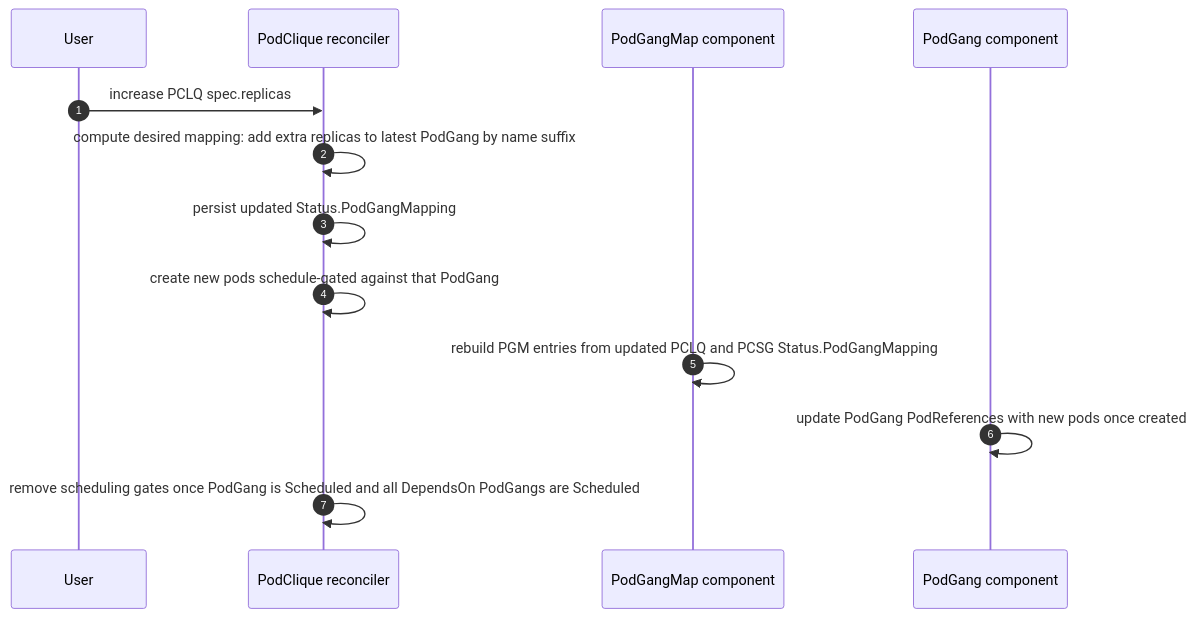
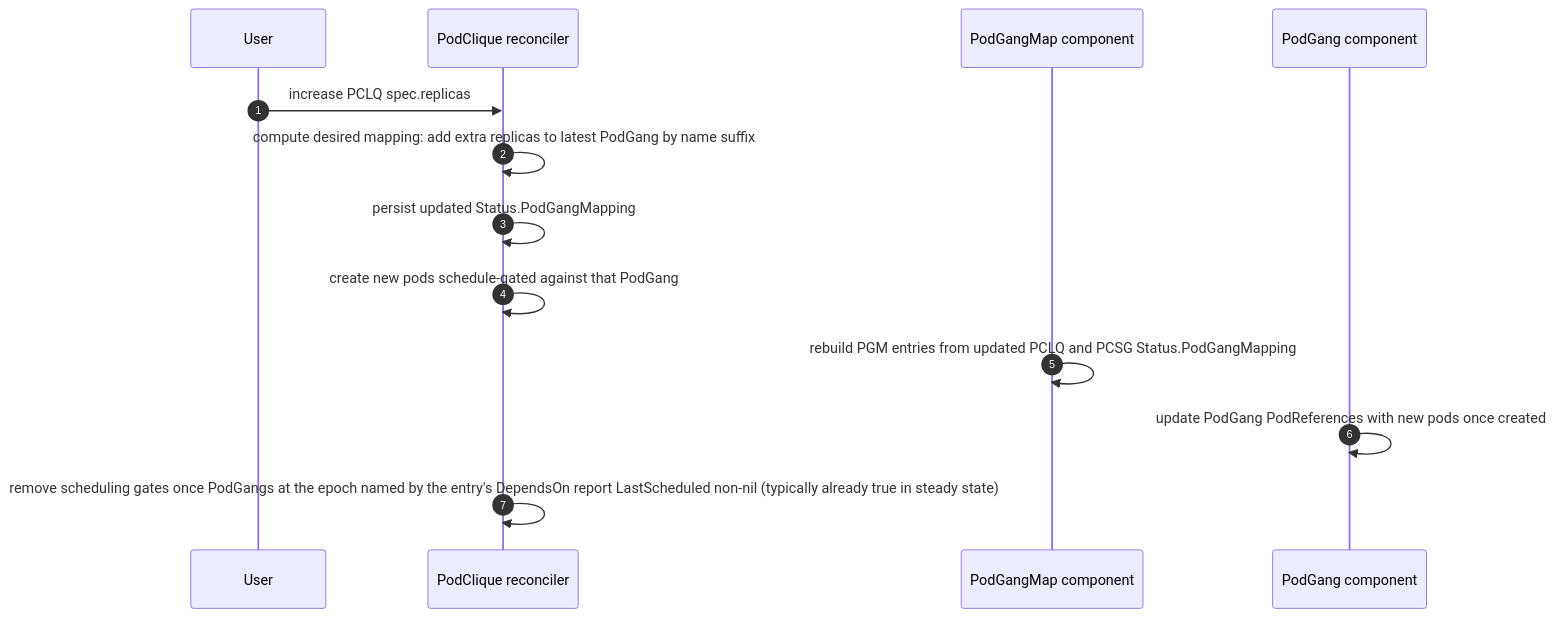
One commit to ai-dynamo/grove changed the fourth of 5 diagrams in docs/proposals/393-coherent-rolling-updates/README.md. Above: the diagram before and after it, drawn with Mermaid. The commit also changed other lines of this file, not shown here.

First line of the commit message:
docs(GREP-393): rewrite for epoch-based ordering and crash safety

````diff
--- a/docs/proposals/393-coherent-rolling-updates/README.md
+++ b/docs/proposals/393-coherent-rolling-updates/README.md
@@ -695,16 +708,16 @@
 ```mermaid
 sequenceDiagram
   autonumber
   participant User
   participant PCLQ as PodClique reconciler
   participant PGM as PodGangMap component
   participant PG as PodGang component
 
   User->>PCLQ: increase PCLQ spec.replicas
   PCLQ->>PCLQ: compute desired mapping: add extra replicas to latest PodGang by name suffix
   PCLQ->>PCLQ: persist updated Status.PodGangMapping
   PCLQ->>PCLQ: create new pods schedule-gated against that PodGang
   PGM->>PGM: rebuild PGM entries from updated PCLQ and PCSG Status.PodGangMapping
   PG->>PG: update PodGang PodReferences with new pods once created
-  PCLQ->>PCLQ: remove scheduling gates once PodGang is Scheduled and all DependsOn PodGangs are Scheduled
+  PCLQ->>PCLQ: remove scheduling gates once PodGangs at the epoch named by the entry's DependsOn report LastScheduled non-nil (typically already true in steady state)
 ```
````
